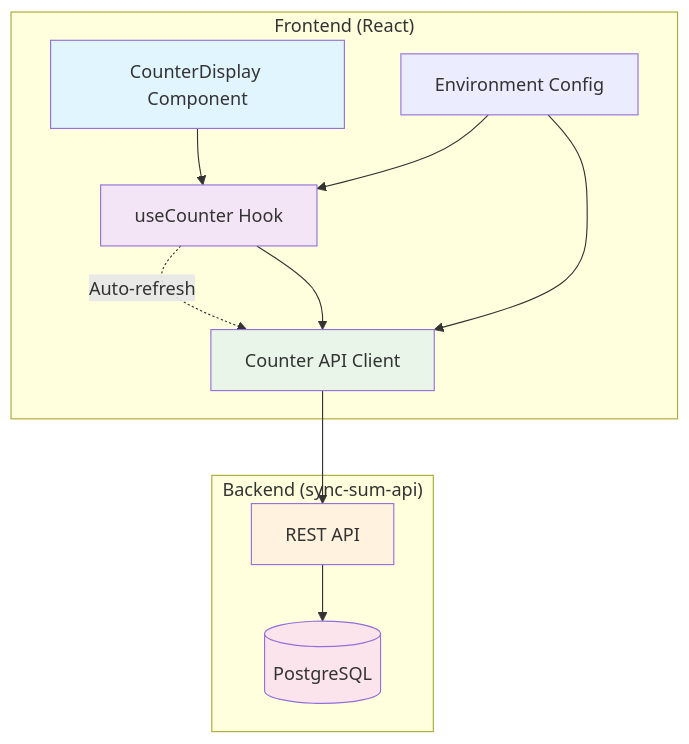
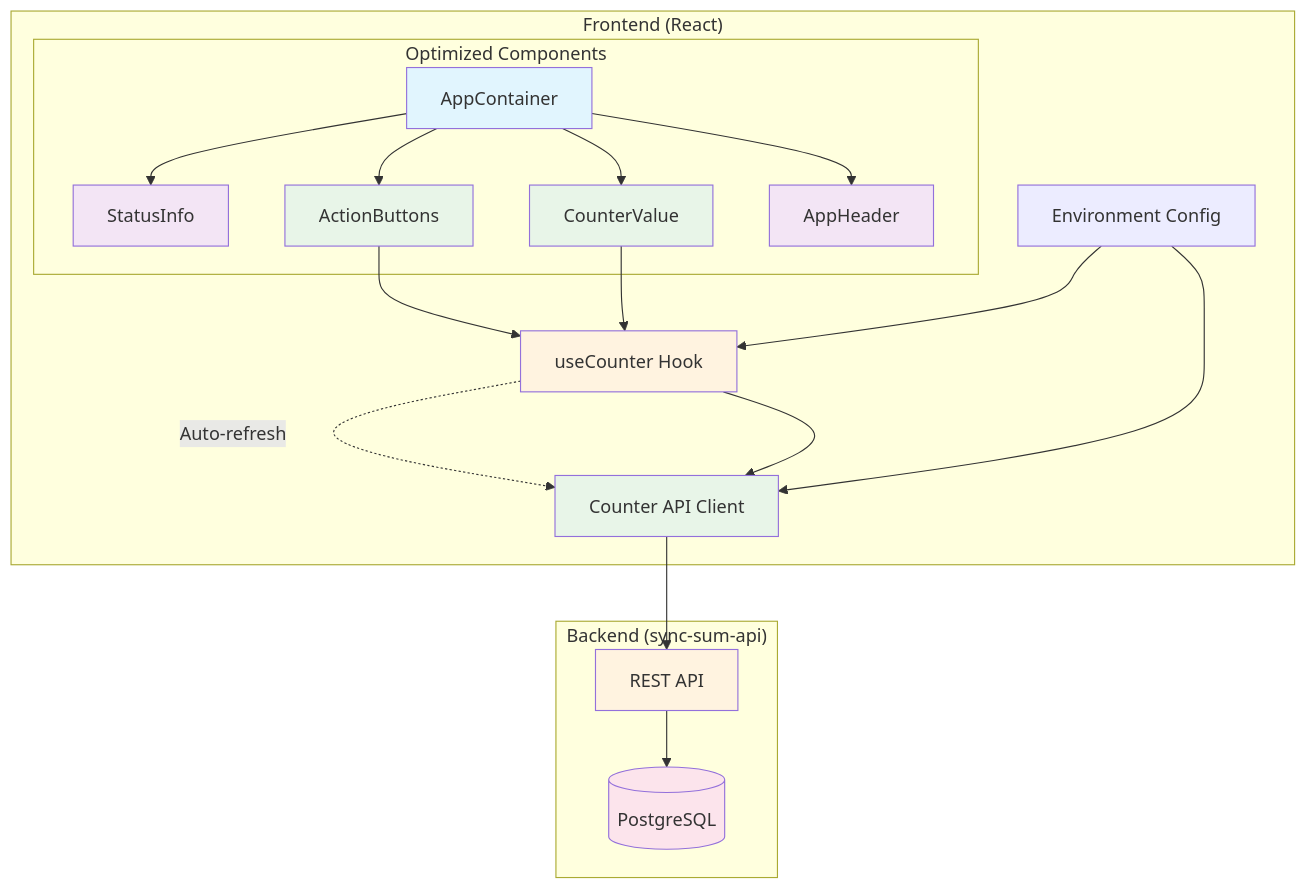
One commit to malyshevin/sync-sum-ui changed the first of 2 diagrams in README.md. Above: the diagram before and after it, drawn with Mermaid. The commit also changed other lines of this file, not shown here.

````diff
--- a/README.md
+++ b/README.md
@@ -16,30 +17,46 @@
 ```mermaid
 flowchart TB
     subgraph "Frontend (React)"
-        UI[CounterDisplay Component]
+        subgraph "Optimized Components"
+            Container[AppContainer]
+            Header[AppHeader]
+            Counter[CounterValue]
+            Buttons[ActionButtons]
+            Status[StatusInfo]
+        end
         Hook[useCounter Hook]
         API[Counter API Client]
         Config[Environment Config]
     end
     
     subgraph "Backend (sync-sum-api)"
         REST[REST API]
         DB[(PostgreSQL)]
     end
     
-    UI --> Hook
+    Container --> Header
+    Container --> Counter
+    Container --> Buttons
+    Container --> Status
+    
+    Counter --> Hook
+    Buttons --> Hook
     Hook --> API
     API --> REST
     REST --> DB
     
     Config --> API
     Config --> Hook
     
     Hook -.->|Auto-refresh| API
     
-    style UI fill:#e1f5fe
-    style Hook fill:#f3e5f5
+    style Container fill:#e1f5fe
+    style Header fill:#f3e5f5
+    style Counter fill:#e8f5e8
+    style Buttons fill:#e8f5e8
+    style Status fill:#f3e5f5
+    style Hook fill:#fff3e0
     style API fill:#e8f5e8
     style REST fill:#fff3e0
     style DB fill:#fce4ec
 ```
````
